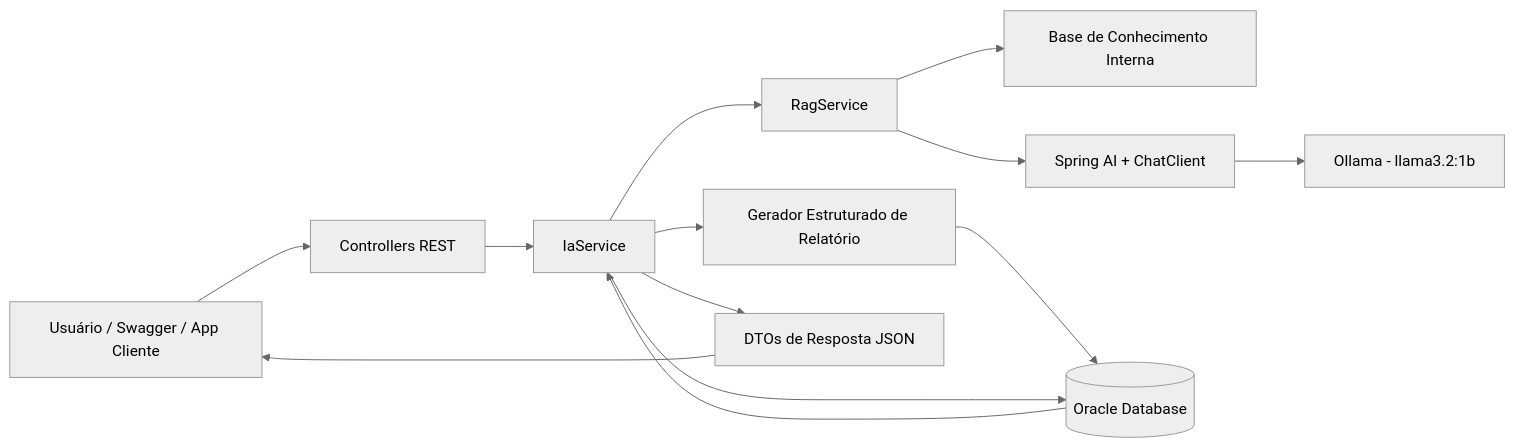
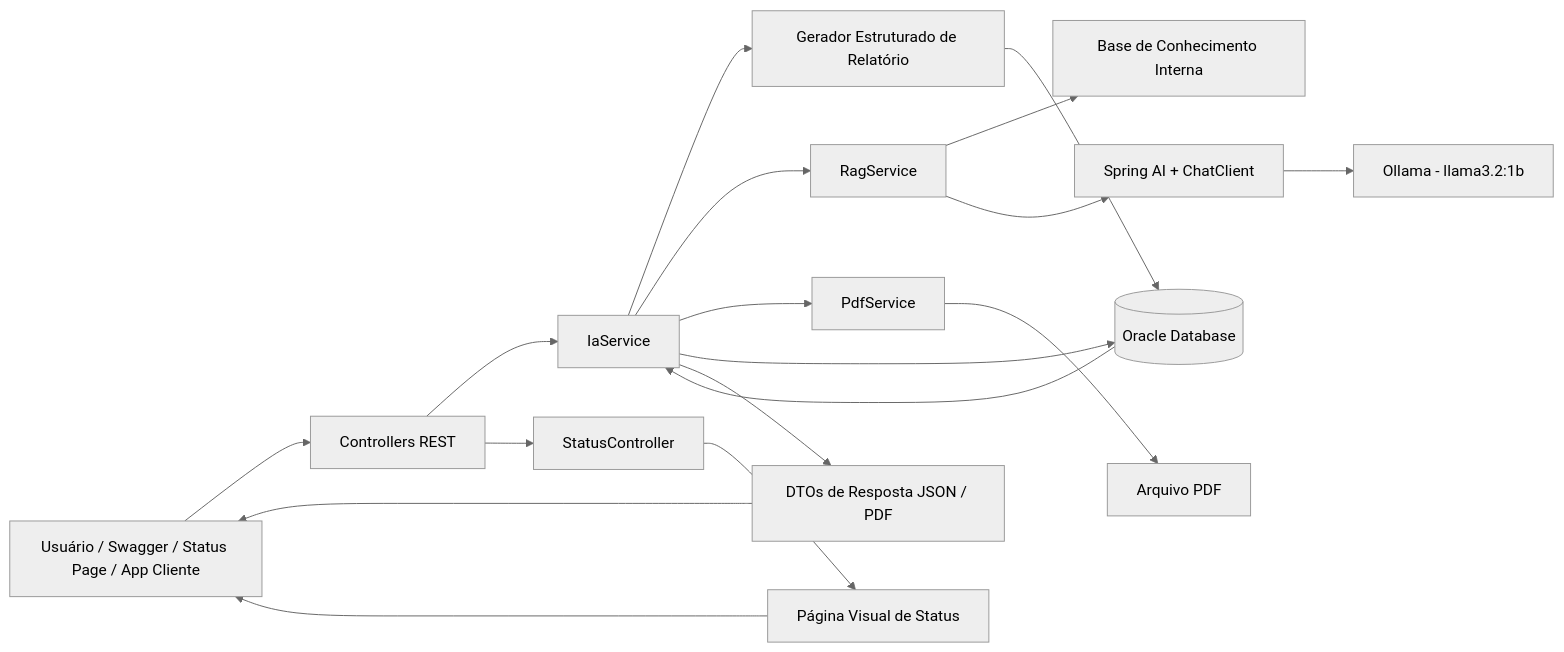
Before and after one commit to DudaAraujo14/argus-ia-spring: the first of 4 diagrams in README.md, drawn with Mermaid (neutral theme). The commit also changed other lines of this file, not shown here.

Commit message:
docs: atualiza readme com status visual e exportacao pdf

````diff
--- a/README.md
+++ b/README.md
@@ -164,15 +183,20 @@
 ```mermaid
 flowchart LR
-    U[Usuário / Swagger / App Cliente] --> C[Controllers REST]
+    U[Usuário / Swagger / Status Page / App Cliente] --> C[Controllers REST]
     C --> S[IaService]
+    C --> ST[StatusController]
     S --> R1[Gerador Estruturado de Relatório]
     S --> R2[RagService]
+    S --> PDF[PdfService]
     R2 --> KB[Base de Conhecimento Interna]
     R2 --> AI[Spring AI + ChatClient]
     AI --> O[Ollama - llama3.2:1b]
     R1 --> DB[(Oracle Database)]
     S --> DB
     DB --> S
-    S --> RESP[DTOs de Resposta JSON]
+    PDF --> ARQ[Arquivo PDF]
+    S --> RESP[DTOs de Resposta JSON / PDF]
+    ST --> PAGE[Página Visual de Status]
     RESP --> U
+    PAGE --> U
 ```
````
